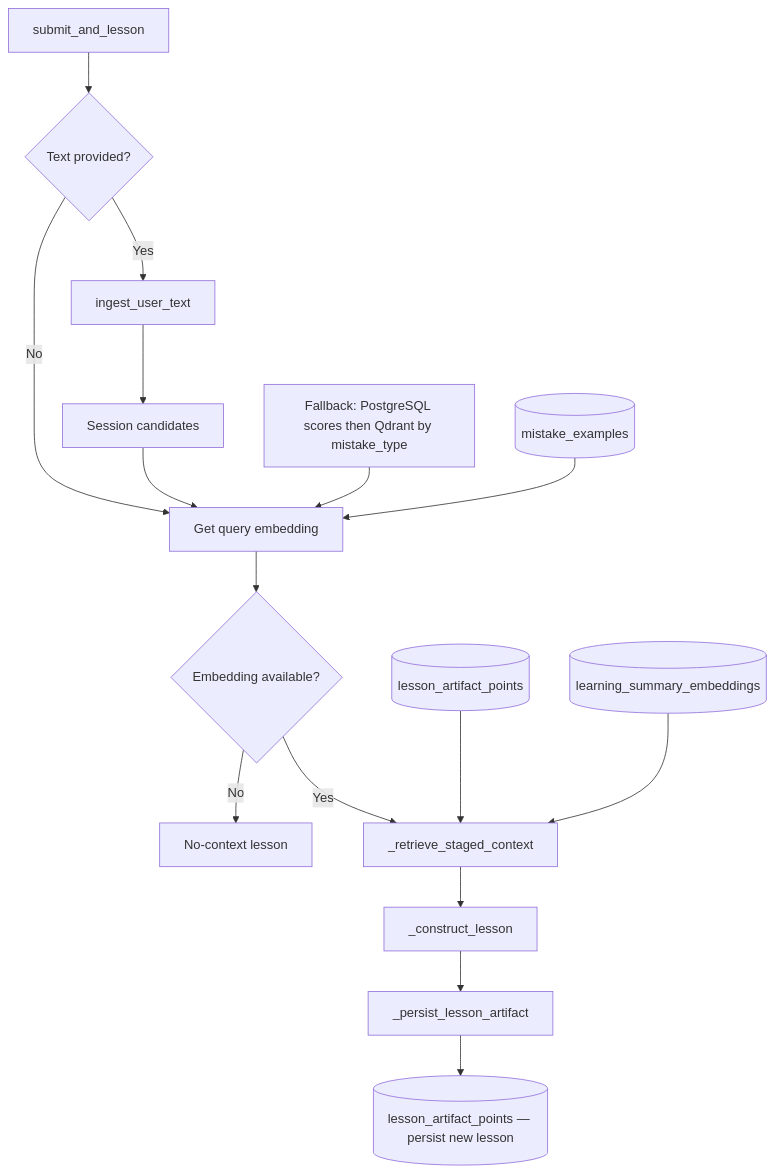
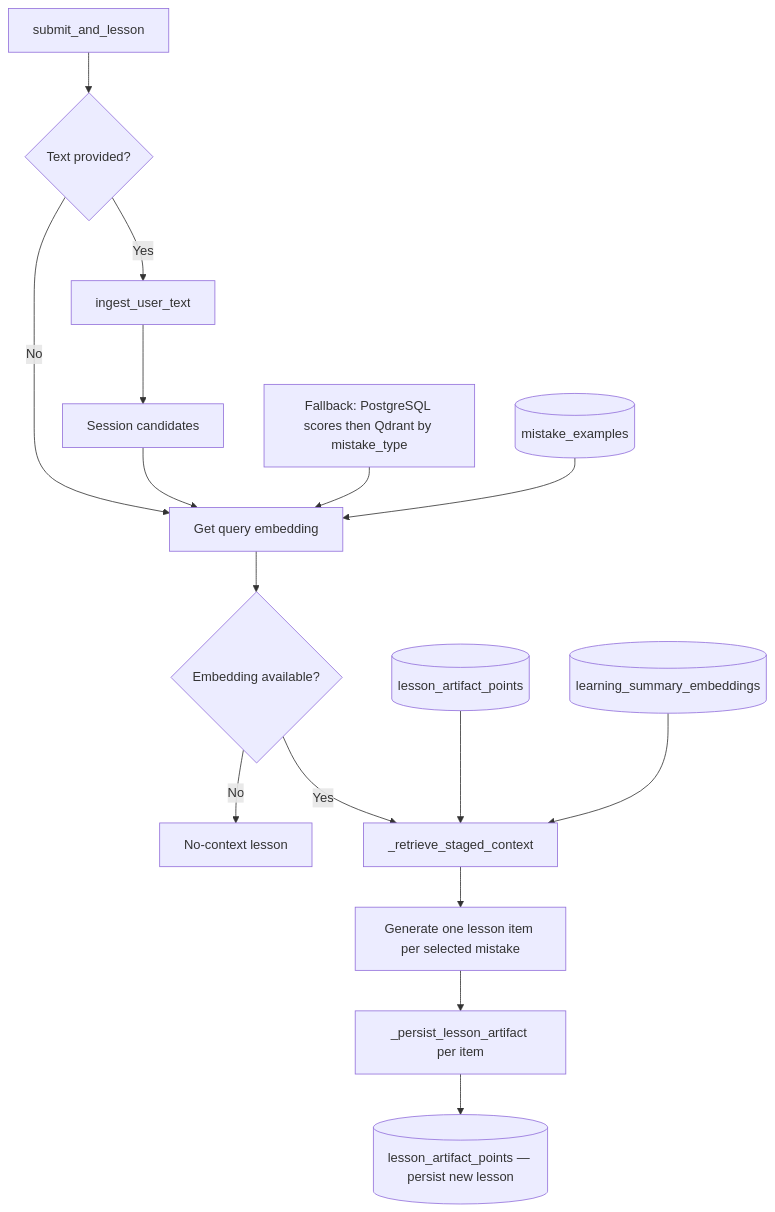
Before and after one commit to ali5p/lexory: the second of 2 diagrams in README.md, drawn with Mermaid. The commit also changed other lines of this file and 3 other files, not shown here.

````diff
--- a/README.md
+++ b/README.md
@@ -182,39 +182,39 @@
 ```mermaid
 flowchart TB
     A[submit_and_lesson]
     B{Text provided?}
     C[ingest_user_text]
     D[Get query embedding]
     E{Embedding available?}
     F[No-context lesson]
 
     G[_retrieve_staged_context]
-    H[_construct_lesson]
-    I[_persist_lesson_artifact]
+    H[Generate one lesson item per selected mistake]
+    I[_persist_lesson_artifact per item]
 
     J[Session candidates]
     K[Fallback: PostgreSQL scores then Qdrant by mistake_type]
     L[(mistake_examples)]
     M[(lesson_artifact_points)]
     N[(learning_summary_embeddings)]
     O[(lesson_artifact_points — persist new lesson)]
 
     A --> B
     B -- Yes --> C
     B -- No --> D
     C --> J
     J --> D
     K --> D
     L --> D
 
     D --> E
     E -- No --> F
     E -- Yes --> G
 
     G --> H
     M --> G
     N --> G
 
     H --> I
     I --> O
 ```
````
